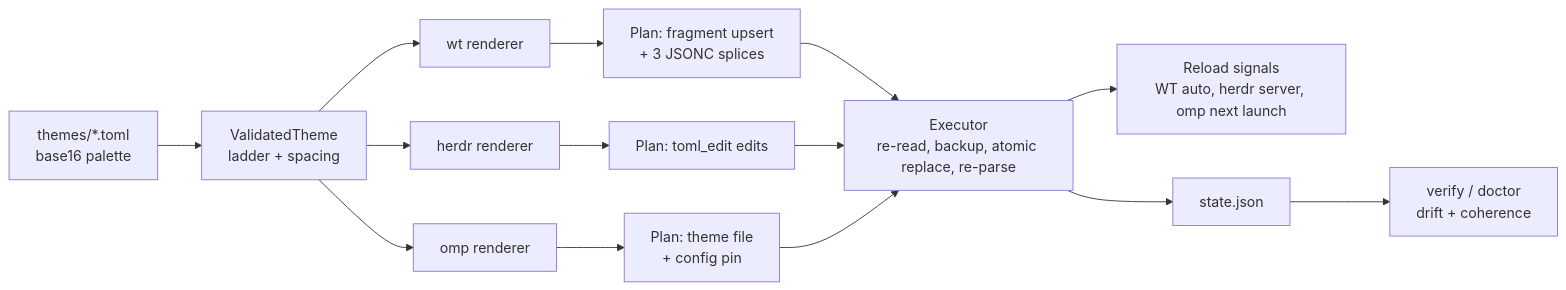
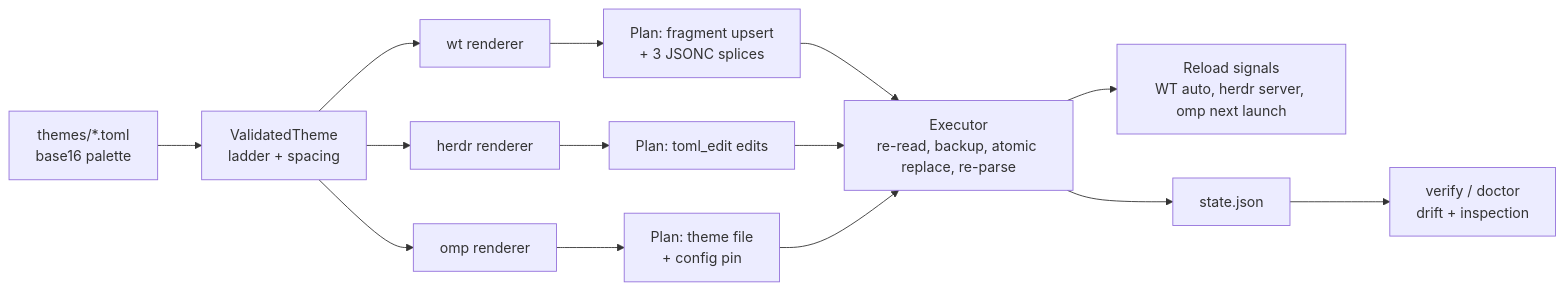
Before and after one commit to BojanSpa/onecoat: the diagram in docs/architecture.md, drawn with Mermaid. The commit also changed other lines of this file and 2 other files, not shown here.

````diff
--- a/docs/architecture.md
+++ b/docs/architecture.md
@@ -7,16 +7,16 @@
 ```mermaid
 graph LR
   T["themes/*.toml<br/>base16 palette"] --> V["ValidatedTheme<br/>ladder + spacing"]
   V --> RW["wt renderer"]
   V --> RH["herdr renderer"]
   V --> RO["omp renderer"]
   RW --> PW["Plan: fragment upsert<br/>+ 3 JSONC splices"]
   RH --> PH["Plan: toml_edit edits"]
   RO --> PO["Plan: theme file<br/>+ config pin"]
   PW --> X["Executor<br/>re-read, backup, atomic replace, re-parse"]
   PH --> X
   PO --> X
   X --> S["Reload signals<br/>WT auto, herdr server, omp next launch"]
   X --> ST["state.json"]
-  ST --> VER["verify / doctor<br/>drift + coherence"]
+  ST --> VER["verify / doctor<br/>drift + inspection"]
 ```
````
